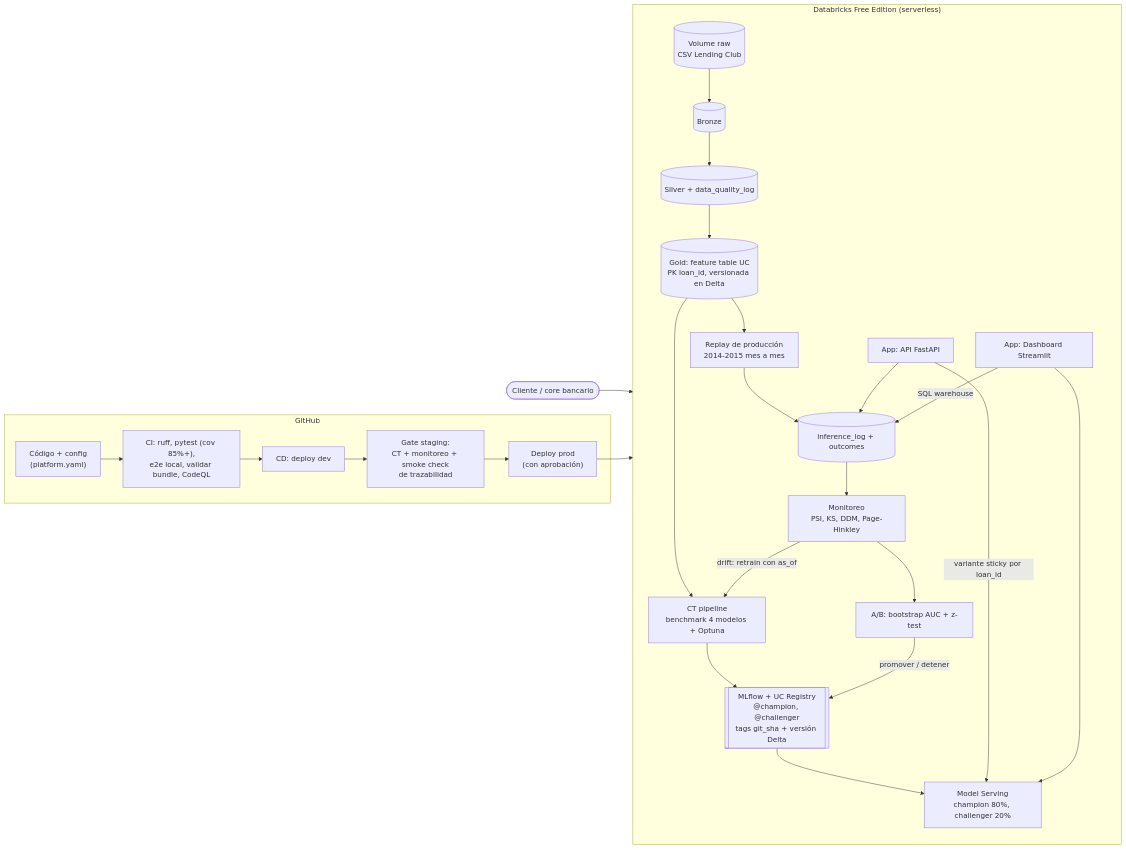
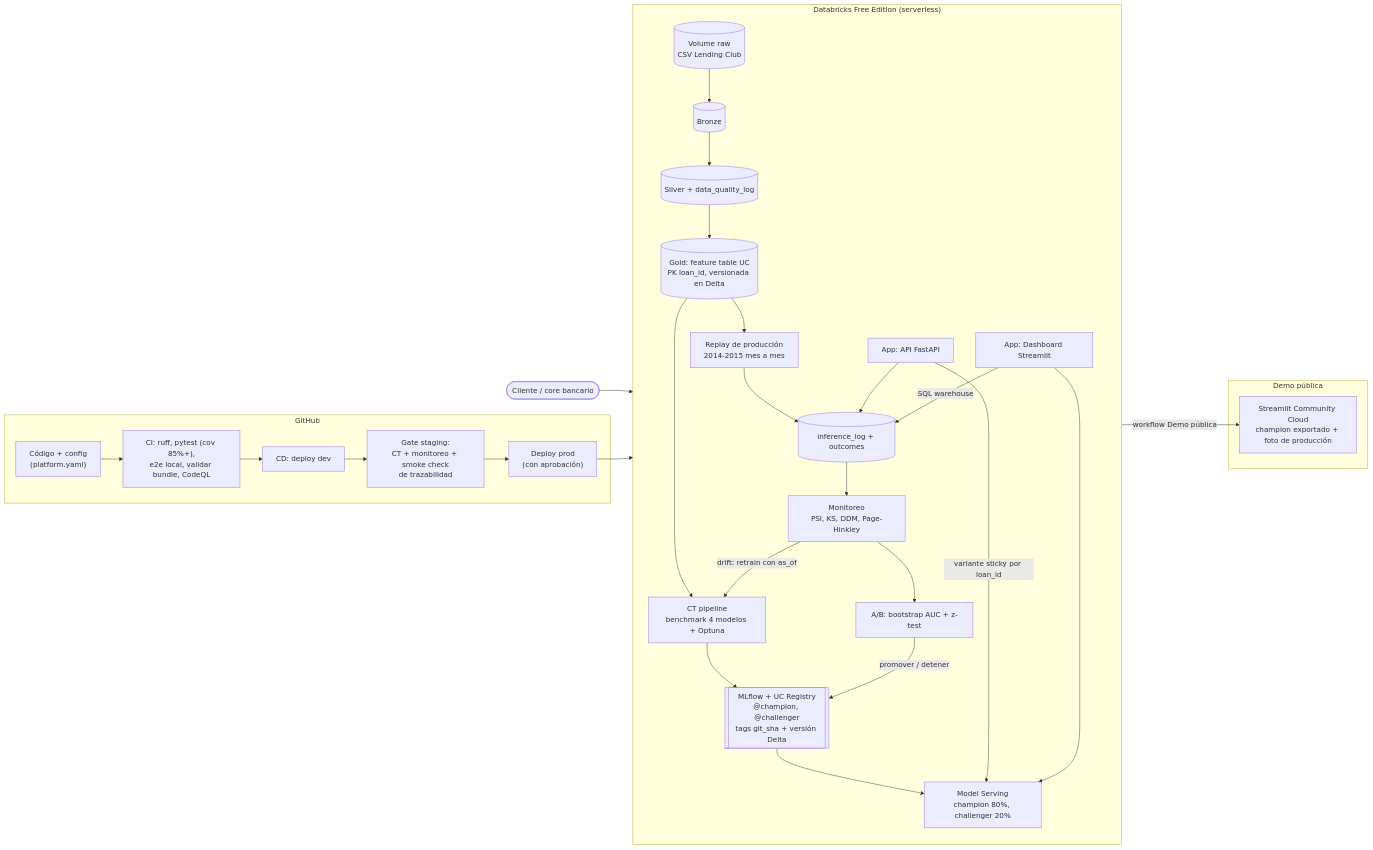
One commit to wilder14-eslu/credit-risk-platform-2.0 changed the diagram in README.md. Above: the diagram before and after it, drawn with Mermaid. The commit also changed other lines of this file, not shown here.

Commit message:
docs: resultados en producción (monitoreo y A/B), demo pública y limitaciones actualizadas

````diff
--- a/README.md
+++ b/README.md
@@ -247,32 +293,38 @@
 ```mermaid
 flowchart LR
     subgraph GH["GitHub"]
         code["Código + config<br/>(platform.yaml)"] --> ci["CI: ruff, pytest (cov 85%+),<br/>e2e local, validar bundle, CodeQL"]
         ci --> dev["CD: deploy dev"]
         dev --> stg["Gate staging:<br/>CT + monitoreo + smoke check<br/>de trazabilidad"]
         stg --> prod["Deploy prod<br/>(con aprobación)"]
     end
 
     subgraph DBX["Databricks Free Edition (serverless)"]
         direction TB
         vol[("Volume raw<br/>CSV Lending Club")] --> bronze[("Bronze")]
         bronze --> silver[("Silver + data_quality_log")]
         silver --> gold[("Gold: feature table UC<br/>PK loan_id, versionada en Delta")]
         gold --> train["CT pipeline<br/>benchmark 4 modelos + Optuna"]
         train --> reg[["MLflow + UC Registry<br/>@champion, @challenger<br/>tags git_sha + versión Delta"]]
         reg --> serve["Model Serving<br/>champion 80%, challenger 20%"]
         gold --> replay["Replay de producción<br/>2014-2015 mes a mes"]
         replay --> log[("inference_log + outcomes")]
         log --> mon["Monitoreo<br/>PSI, KS, DDM, Page-Hinkley"]
         mon --> ab["A/B: bootstrap AUC + z-test"]
         ab -->|promover / detener| reg
         mon -->|drift: retrain con as_of| train
         api["App: API FastAPI"] -->|variante sticky por loan_id| serve
         api --> log
         dash["App: Dashboard Streamlit"] --> serve
         dash -->|SQL warehouse| log
     end
 
+    subgraph PUB["Demo pública"]
+        demo["Streamlit Community Cloud<br/>champion exportado + foto de producción"]
+    end
+
+    reg -->|workflow Demo pública| demo
+
     prod --> DBX
     client(["Cliente / core bancario"]) --> api
 ```
````
